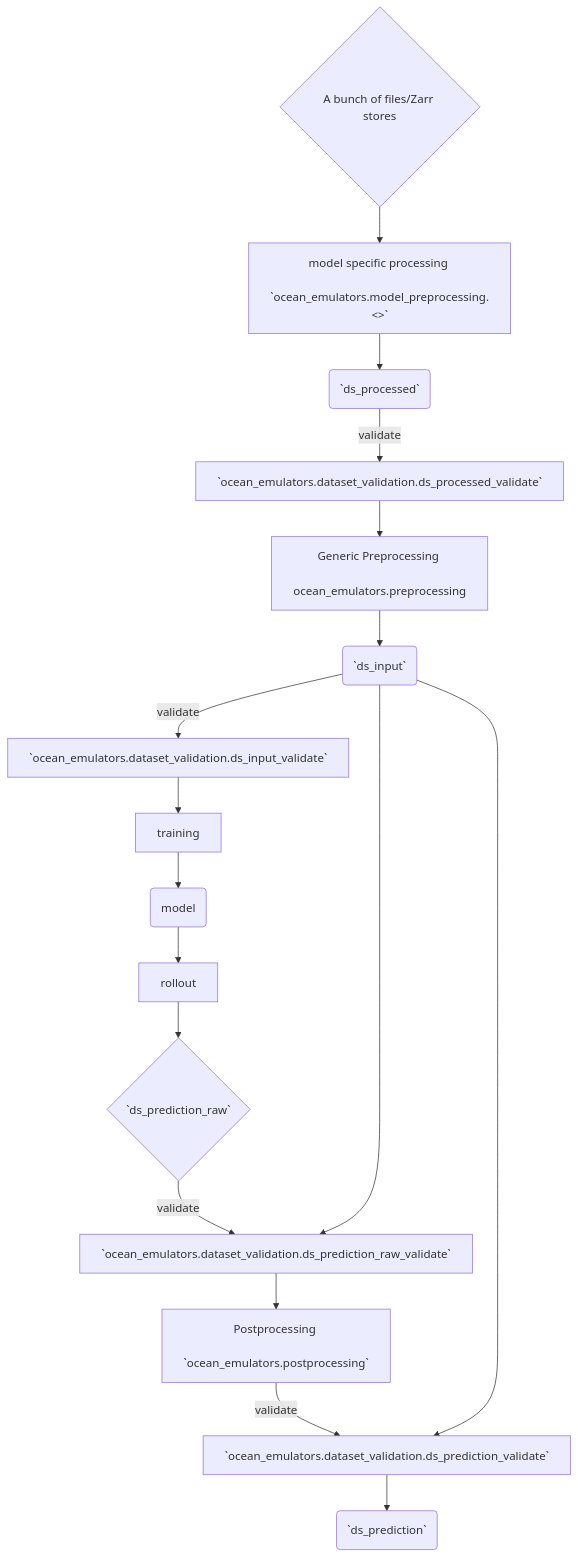
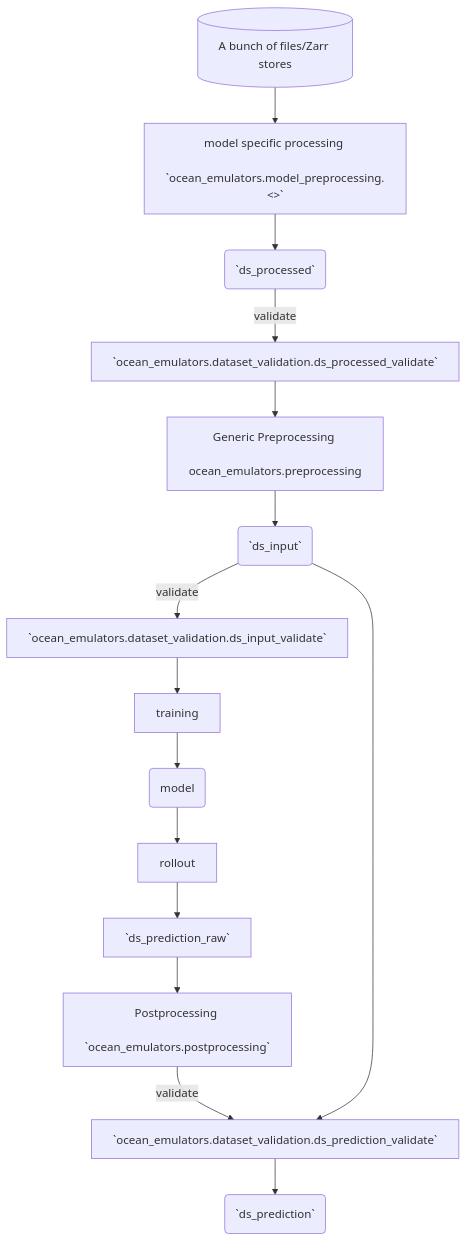
The diagram in data/README.md (m2lines/Samudra), drawn with Mermaid before and after one commit.

Commit message:
Remove raw prediction validation

````diff
--- a/data/README.md
+++ b/data/README.md
@@ -5,19 +5,17 @@
 ```mermaid
 flowchart TD
-    a{A bunch of files/Zarr stores} --> A[model specific processing \n `ocean_emulators.model_preprocessing.<>`]
+    a[(A bunch of files/Zarr stores)] --> A[model specific processing \n `ocean_emulators.model_preprocessing.<>`]
     A -->  b(`ds_processed`)
     b --> |validate| B[`ocean_emulators.dataset_validation.ds_processed_validate`]
     B --> C[Generic Preprocessing \n ocean_emulators.preprocessing]
     C --> c(`ds_input`)
     c --> |validate| D[`ocean_emulators.dataset_validation.ds_input_validate`]
     D --> E[training]
     E --> d(model)
     d --> F[rollout]
-    F --> e{`ds_prediction_raw`}
-    e --> |validate| G[`ocean_emulators.dataset_validation.ds_prediction_raw_validate`]
-    c --> G
-    G --> H[Postprocessing \n `ocean_emulators.postprocessing`]
+    F --> e[`ds_prediction_raw`]
+    e --> H[Postprocessing \n `ocean_emulators.postprocessing`]
     H --> |validate| I[`ocean_emulators.dataset_validation.ds_prediction_validate`]
     c --> I
     I --> f(`ds_prediction`)
 ```
````
